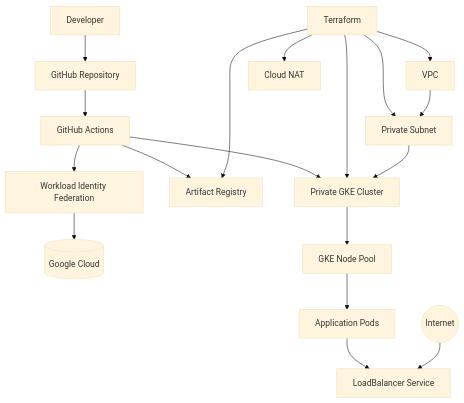
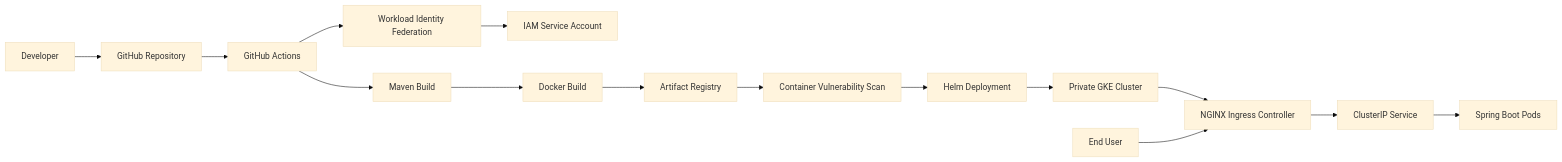
Before and after one commit to ssavaniya/gke-wif-deployment: the diagram in docs/02-project-architecture.md, drawn with Mermaid (base theme). The commit also changed other lines of this file and 14 other files, not shown here.

````diff
--- a/docs/02-project-architecture.md
+++ b/docs/02-project-architecture.md
@@ -13,63 +13,61 @@
 ```mermaid
-flowchart TB
+flowchart LR
 
-    Developer[Developer]
+Developer[Developer]
 
-    GitHub[GitHub Repository]
+GitHub[GitHub Repository]
 
-    GitHubActions[GitHub Actions]
+Actions[GitHub Actions]
 
-    WIF[Workload Identity Federation]
+WIF[Workload Identity Federation]
 
-    GCP[(Google Cloud)]
+GCP[IAM Service Account]
 
-    ArtifactRegistry[Artifact Registry]
+Build[Maven Build]
 
-    Terraform[Terraform]
+Docker[Docker Build]
 
-    VPC[VPC]
+AR[Artifact Registry]
 
-    Subnet[Private Subnet]
+Scan[Container Vulnerability Scan]
 
-    CloudNAT[Cloud NAT]
+Helm[Helm Deployment]
 
-    GKE[Private GKE Cluster]
+GKE[Private GKE Cluster]
 
-    NodePool[GKE Node Pool]
+Ingress[NGINX Ingress Controller]
 
-    Pods[Application Pods]
+Service[ClusterIP Service]
 
-    Service[LoadBalancer Service]
+Pods[Spring Boot Pods]
 
-    Internet((Internet))
+User[End User]
 
-    Developer --> GitHub
+Developer --> GitHub
 
-    GitHub --> GitHubActions
+GitHub --> Actions
 
-    GitHubActions --> WIF
+Actions --> WIF
 
-    WIF --> GCP
+WIF --> GCP
 
-    GitHubActions --> ArtifactRegistry
+Actions --> Build
 
-    GitHubActions --> GKE
+Build --> Docker
 
-    Terraform --> VPC
-    Terraform --> Subnet
-    Terraform --> CloudNAT
-    Terraform --> GKE
-    Terraform --> ArtifactRegistry
+Docker --> AR
 
-    VPC --> Subnet
+AR --> Scan
 
-    Subnet --> GKE
+Scan --> Helm
 
-    GKE --> NodePool
+Helm --> GKE
 
-    NodePool --> Pods
+GKE --> Ingress
 
-    Pods --> Service
+Ingress --> Service
 
-    Internet --> Service
+Service --> Pods
+
+User --> Ingress
 ```
````
